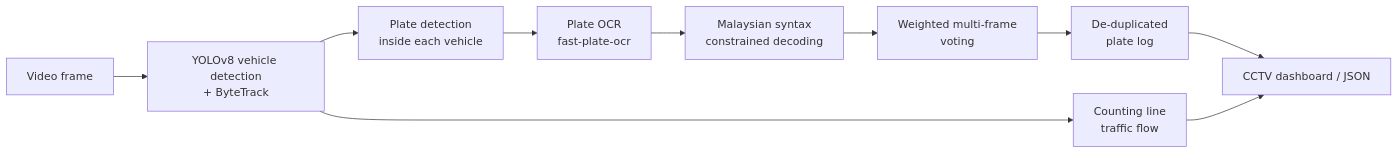
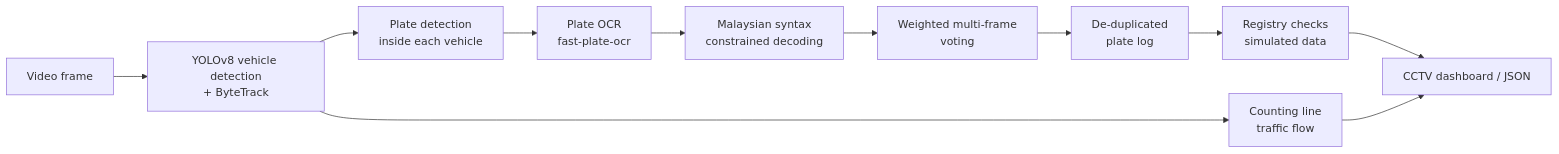
The second of 2 diagrams in ALPR_INTRODUCTION.md (XIE-YIFEI/Software-Engineering-Group-project), drawn with Mermaid before and after one commit. The commit also changed other lines of this file and 29 other files, not shown here.

````diff
--- a/ALPR_INTRODUCTION.md
+++ b/ALPR_INTRODUCTION.md
@@ -182,12 +309,13 @@
 ```mermaid
 flowchart LR
     A[Video frame] --> B[YOLOv8 vehicle detection<br/>+ ByteTrack]
     B --> C[Plate detection<br/>inside each vehicle]
     C --> D[Plate OCR<br/>fast-plate-ocr]
     D --> E[Malaysian syntax<br/>constrained decoding]
     E --> F[Weighted multi-frame<br/>voting]
     F --> G[De-duplicated<br/>plate log]
+    G --> R[Registry checks<br/>simulated data]
     B --> H[Counting line<br/>traffic flow]
-    G --> I[CCTV dashboard / JSON]
+    R --> I[CCTV dashboard / JSON]
     H --> I
 ```
````
